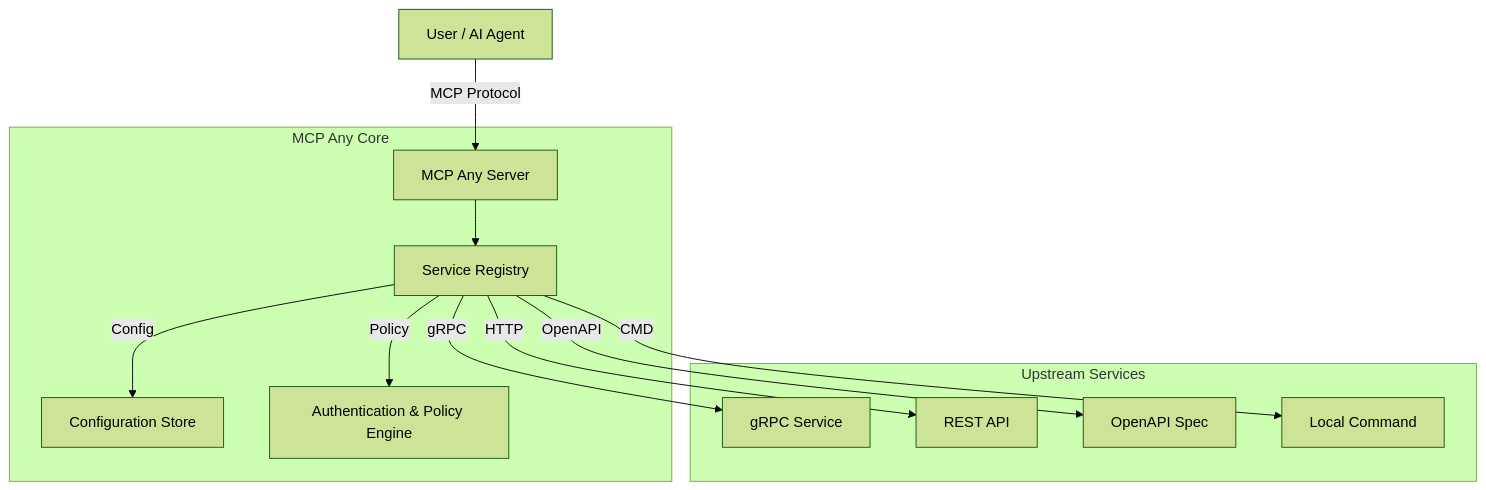
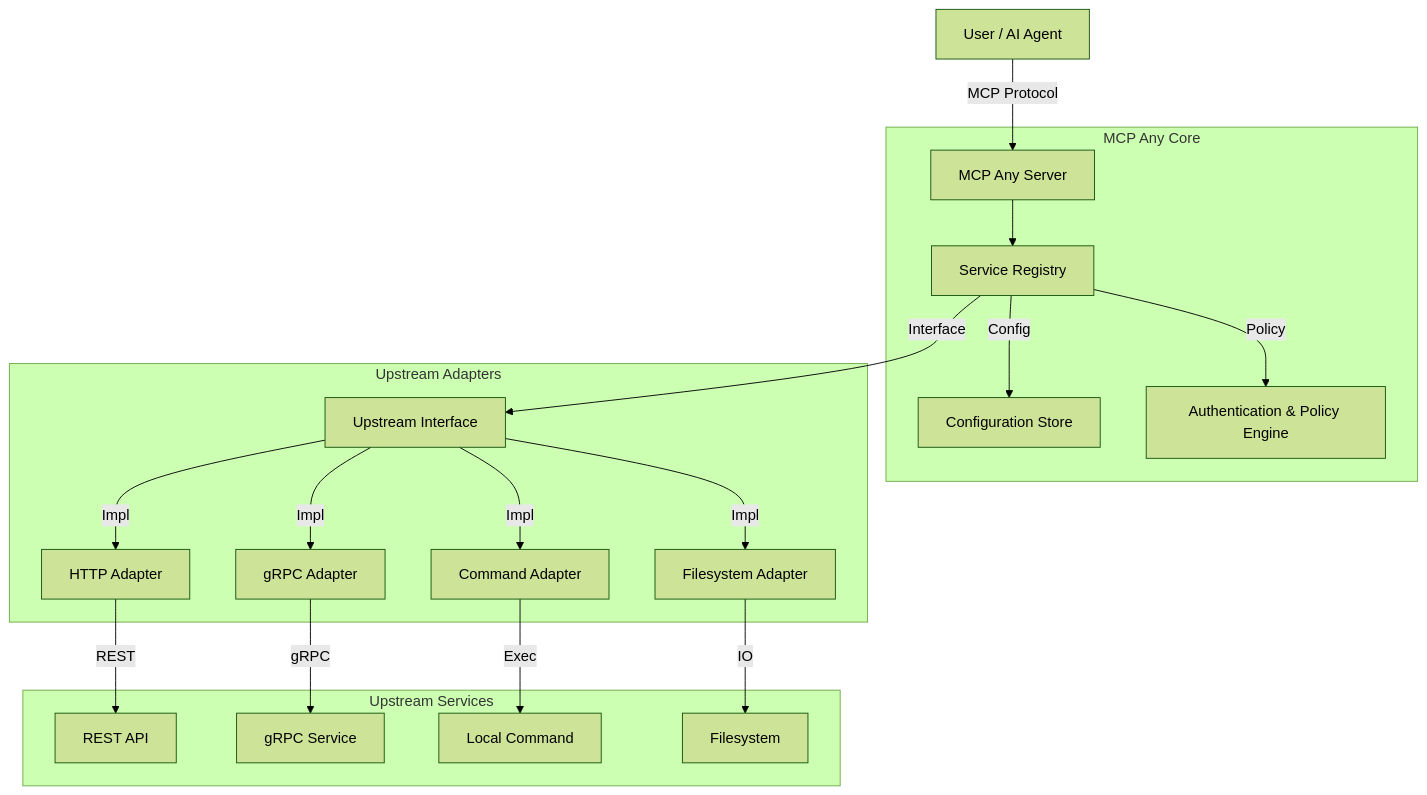
The diagram in README.md (mcpany/core), drawn with Mermaid (forest theme) before and after one commit. The commit also changed other lines of this file and 10 other files, not shown here.

````diff
--- a/README.md
+++ b/README.md
@@ -29,17 +33,25 @@
 ```mermaid
 graph TD
     User[User / AI Agent] -->|MCP Protocol| Server[MCP Any Server]
 
     subgraph "MCP Any Core"
         Server --> Registry[Service Registry]
         Registry -->|Config| Config[Configuration Store]
         Registry -->|Policy| Auth[Authentication & Policy Engine]
     end
 
+    subgraph "Upstream Adapters"
+        Registry -->|Interface| Upstream[Upstream Interface]
+        Upstream -->|Impl| HTTP[HTTP Adapter]
+        Upstream -->|Impl| GRPC[gRPC Adapter]
+        Upstream -->|Impl| CMD[Command Adapter]
+        Upstream -->|Impl| FS[Filesystem Adapter]
+    end
+
     subgraph "Upstream Services"
-        Registry -->|gRPC| ServiceA[gRPC Service]
-        Registry -->|HTTP| ServiceB[REST API]
-        Registry -->|OpenAPI| ServiceC[OpenAPI Spec]
-        Registry -->|CMD| ServiceD[Local Command]
+        HTTP -->|REST| ServiceB[REST API]
+        GRPC -->|gRPC| ServiceA[gRPC Service]
+        CMD -->|Exec| ServiceD[Local Command]
+        FS -->|IO| ServiceE[Filesystem]
     end
 ```
````
